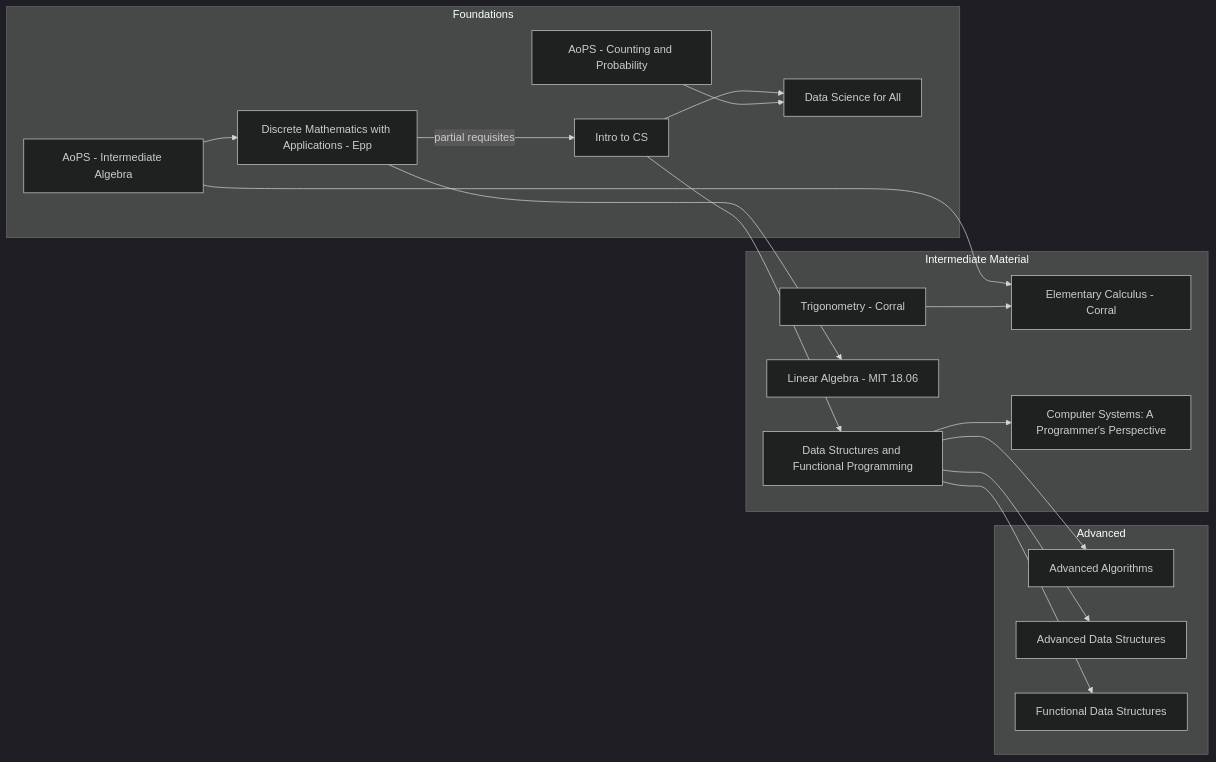
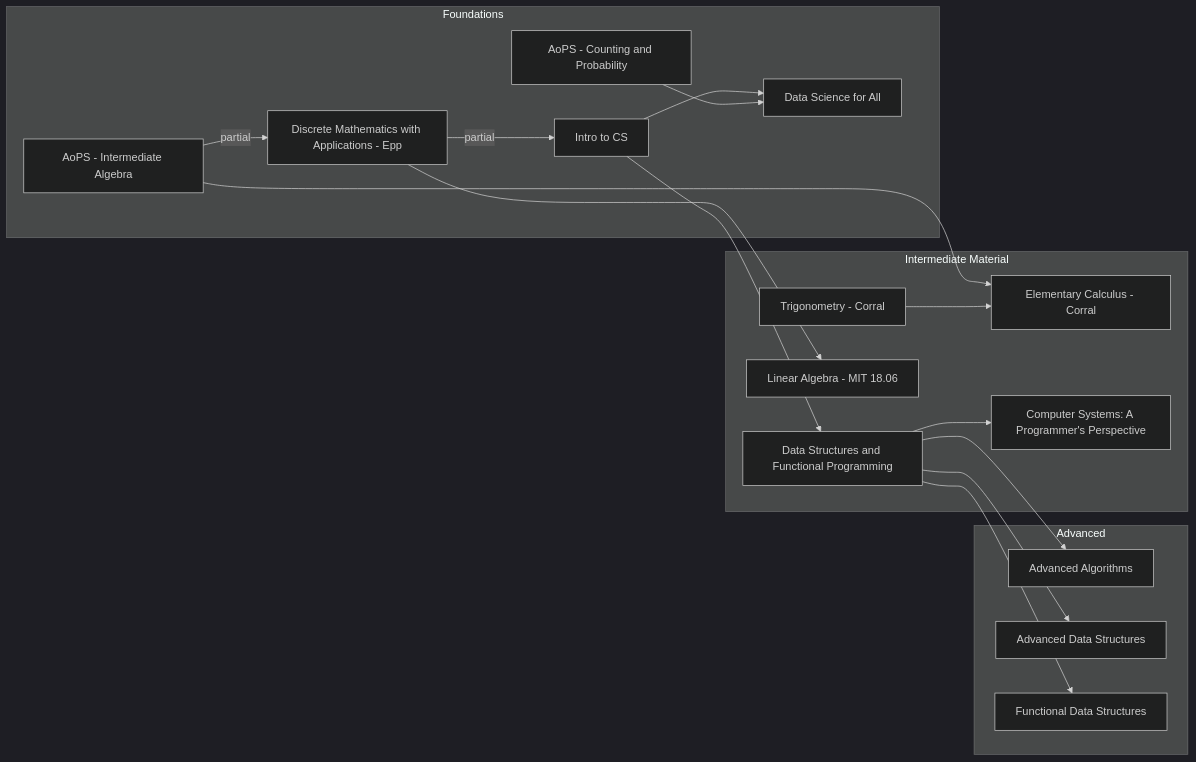
The second of 2 diagrams in Penance/Curriculum.md (BeautifulTovarisch/Notes), drawn with Mermaid (dark theme) before and after one commit. The commit also changed other lines of this file, not shown here.

Commit message:
Added note about partial dependencies

````diff
--- a/Penance/Curriculum.md
+++ b/Penance/Curriculum.md
@@ -143,45 +145,45 @@
 ```mermaid
 graph LR
 dcic[Intro to CS]
 discrete[Discrete Mathematics with Applications - Epp]
 algebra[AoPS - Intermediate Algebra]
 trig[Trigonometry - Corral]
 comb[AoPS - Counting and Probability]
 datasci[Data Science for All]
 
 calc[Elementary Calculus - Corral]
 linalg[Linear Algebra - MIT 18.06]
 prog[Data Structures and Functional Programming]
 systems[Computer Systems: A Programmer's Perspective]
 
 alg[Advanced Algorithms]
 data[Advanced Data Structures]
 funcdata[Functional Data Structures]
 
 subgraph Foundations
-algebra-->discrete
+algebra-- partial -->discrete
 
-discrete-- partial requisites -->dcic
+discrete-- partial -->dcic
 
 dcic-->datasci
 comb-->datasci
 end
 
 subgraph Intermediate Material
 	algebra-->calc
 	trig-->calc
 
 	discrete-->linalg
 
 	dcic-->prog
 
 	prog-->systems
 
 end
 
 subgraph Advanced
 	prog-->alg
 	prog-->data
 	prog-->funcdata
 end
 ```
````
